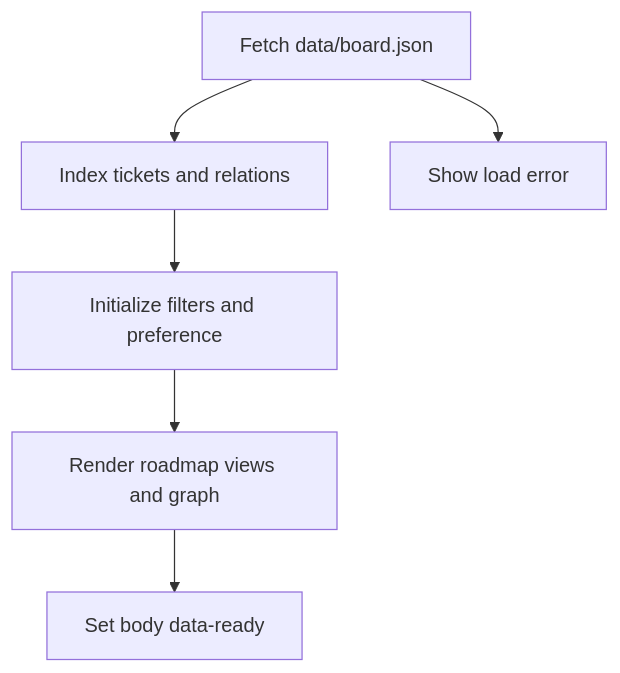
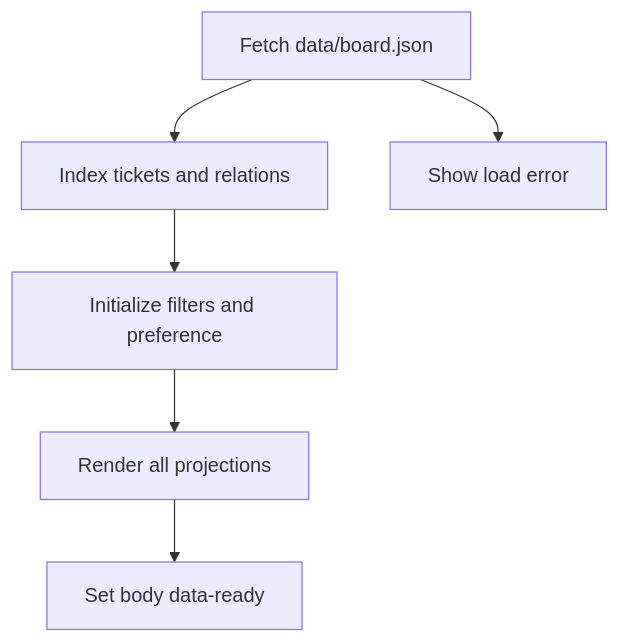
The second of 4 diagrams in openwiki/services/architecture-board.md (maximofn/gymnasia), drawn with Mermaid before and after one commit. The commit also changed other lines of this file and 54 other files, not shown here.

````diff
--- a/openwiki/services/architecture-board.md
+++ b/openwiki/services/architecture-board.md
@@ -91,8 +90,8 @@
 ```mermaid
 flowchart TD
     Fetch["Fetch data/board.json"] --> Index["Index tickets and relations"]
     Index --> Setup["Initialize filters and preference"]
-    Setup --> Render["Render roadmap views and graph"]
+    Setup --> Render["Render all projections"]
     Render --> Ready["Set body data-ready"]
     Fetch --> Failure["Show load error"]
 ```
````
